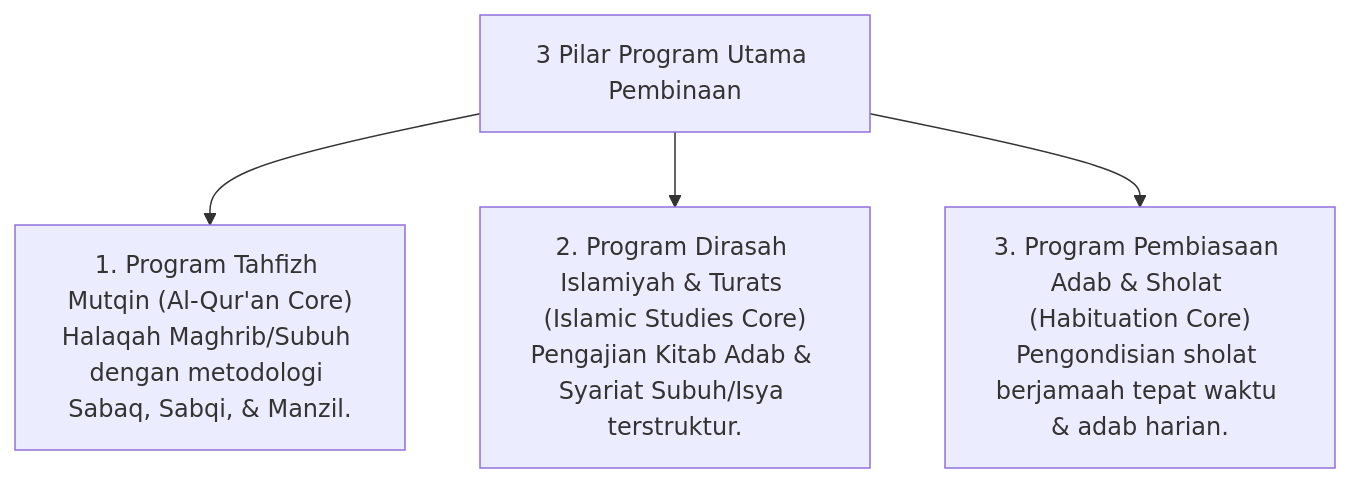
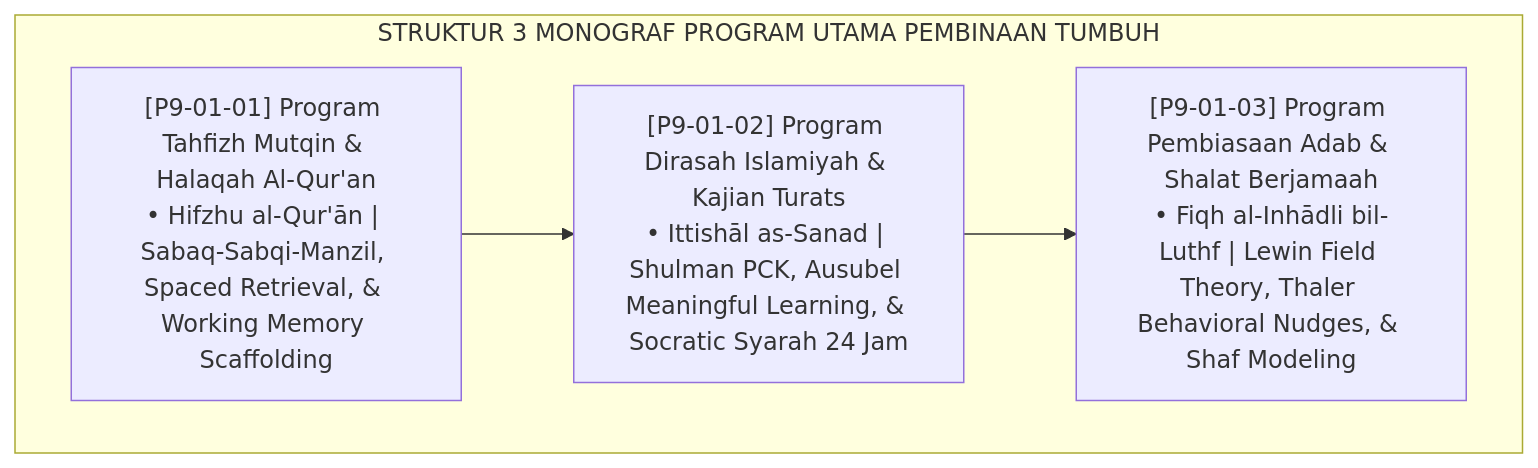
Before and after one commit to wandiapriliyandi/tumbuh: the diagram in 09 Programs/01 Core Programs/P9-01-Program-Utama-Pembinaan.md, drawn with Mermaid. The commit also changed other lines of this file and 3 other files, not shown here.

Commit message:
docs(09-programs): complete all 4 research monographs for 01 Core Programs

````diff
--- a/09 Programs/01 Core Programs/P9-01-Program-Utama-Pembinaan.md
+++ b/09 Programs/01 Core Programs/P9-01-Program-Utama-Pembinaan.md
@@ -14,7 +21,9 @@
 ```mermaid
-graph TD
-    CorePillars["3 Pilar Program Utama Pembinaan"]
-    CorePillars --> QuranicCore["1. Program Tahfizh Mutqin (Al-Qur'an Core)<br/>Halaqah Maghrib/Subuh dengan metodologi Sabaq, Sabqi, & Manzil."]
-    CorePillars --> DiniyyahCore["2. Program Dirasah Islamiyah & Turats (Islamic Studies Core)<br/>Pengajian Kitab Adab & Syariat Subuh/Isya terstruktur."]
-    CorePillars --> AdabCore["3. Program Pembiasaan Adab & Sholat (Habituation Core)<br/>Pengondisian sholat berjamaah tepat waktu & adab harian."]
+flowchart TD
+    subgraph CoreProgramsFramework["STRUKTUR 3 MONOGRAF PROGRAM UTAMA PEMBINAAN TUMBUH"]
+        M01["[P9-01-01] Program Tahfizh Mutqin & Halaqah Al-Qur'an<br/>• Hifzhu al-Qur'ān | Sabaq-Sabqi-Manzil, Spaced Retrieval, & Working Memory Scaffolding"]
+        M02["[P9-01-02] Program Dirasah Islamiyah & Kajian Turats<br/>• Ittishāl as-Sanad | Shulman PCK, Ausubel Meaningful Learning, & Socratic Syarah 24 Jam"]
+        M03["[P9-01-03] Program Pembiasaan Adab & Shalat Berjamaah<br/>• Fiqh al-Inhādli bil-Luthf | Lewin Field Theory, Thaler Behavioral Nudges, & Shaf Modeling"]
+        M01 --> M02 --> M03
+    end
 ```
````
